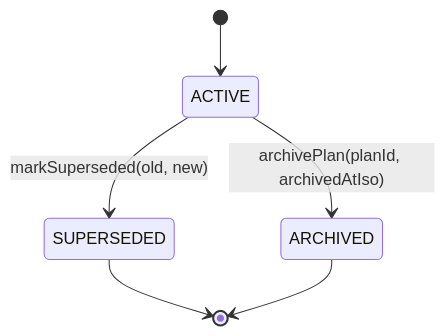
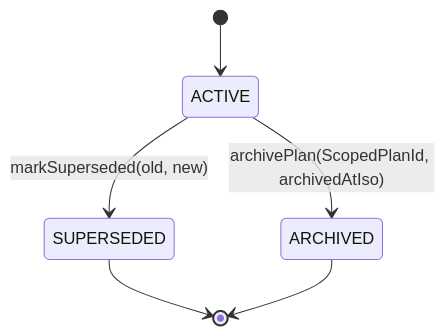
Before and after one commit to dunay2/dvt: the second of 3 diagrams in docs/guides/postgres-plan-store-user-manual-20260403.md, drawn with Mermaid. The commit also changed 19 other files, not shown here.

````diff
--- a/docs/guides/postgres-plan-store-user-manual-20260403.md
+++ b/docs/guides/postgres-plan-store-user-manual-20260403.md
@@ -90,8 +90,8 @@
 ```mermaid
 stateDiagram-v2
   [*] --> ACTIVE
   ACTIVE --> SUPERSEDED: markSuperseded(old, new)
-  ACTIVE --> ARCHIVED: archivePlan(planId, archivedAtIso)
+  ACTIVE --> ARCHIVED: archivePlan(ScopedPlanId, archivedAtIso)
   SUPERSEDED --> [*]
   ARCHIVED --> [*]
 ```
````
